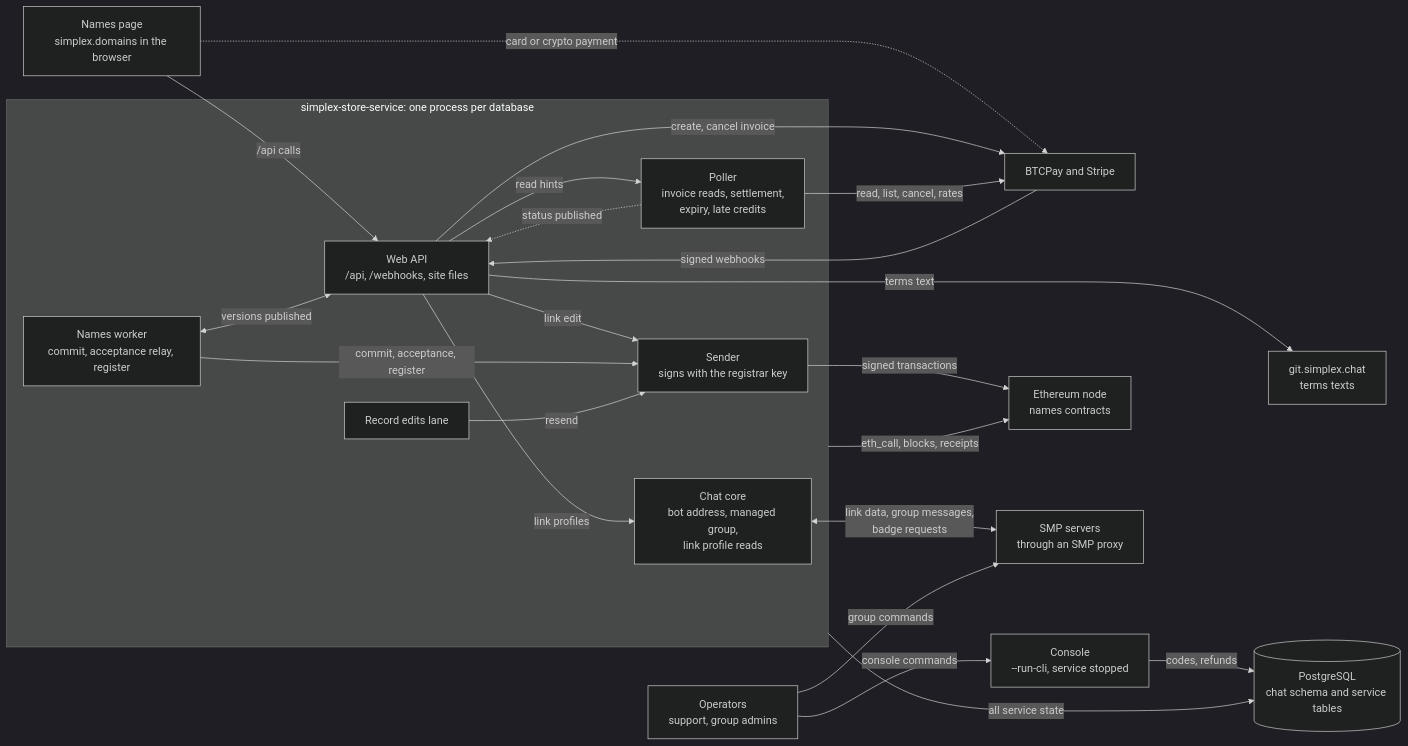
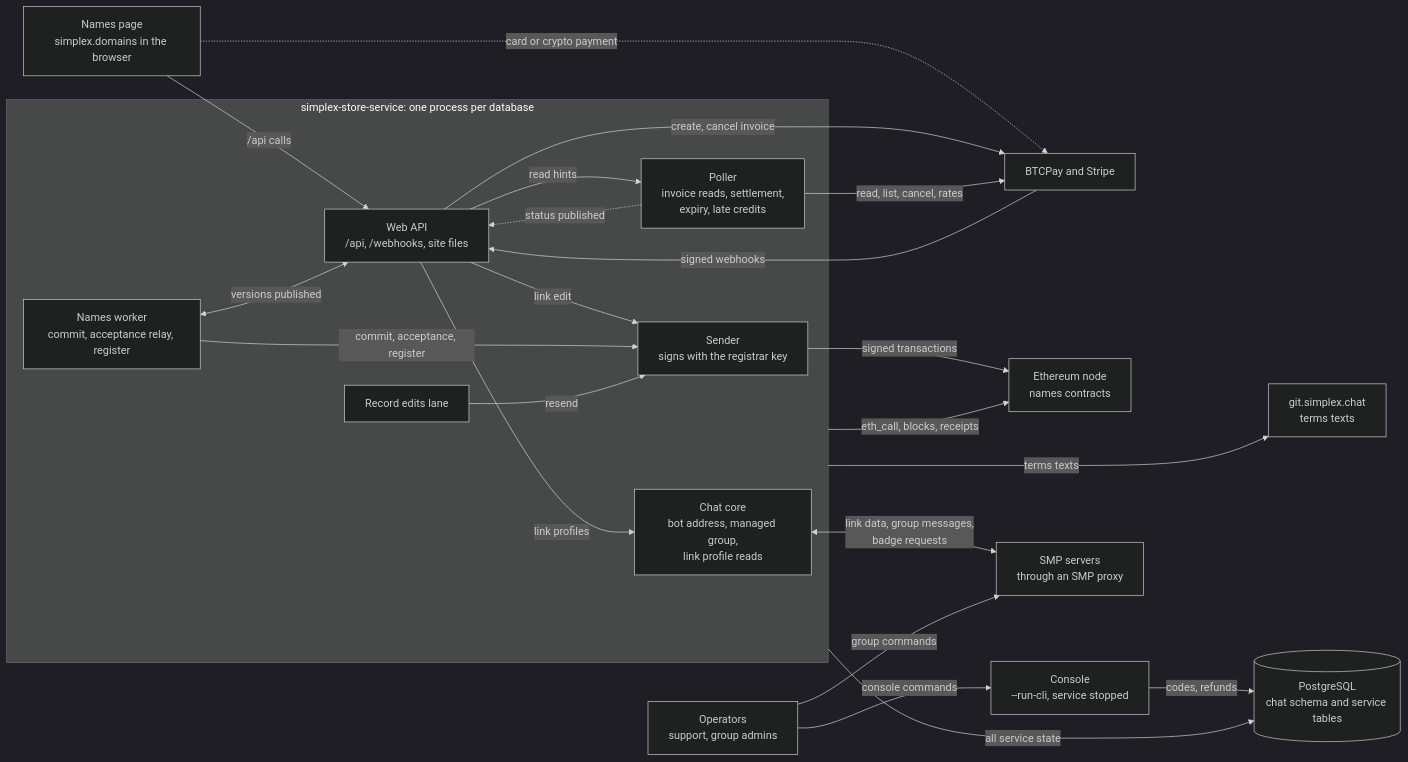
One commit to simplex-chat/simplex-chat changed the first of 13 diagrams in apps/simplex-store-service/docs/names.md. Above: the diagram before and after it, drawn with Mermaid (dark theme). The commit also changed other lines of this file and 2 other files, not shown here.

Commit message:
store: run the names terms fetch lane from the contracts module

````diff
--- a/apps/simplex-store-service/docs/names.md
+++ b/apps/simplex-store-service/docs/names.md
@@ -33,41 +33,41 @@
 ```mermaid
 flowchart LR
   ops["Operators<br/>support, group admins"]
   page["Names page<br/>simplex.domains in the browser"]
   pay["BTCPay and Stripe"]
   subgraph proc["simplex-store-service: one process per database"]
     web["Web API<br/>/api, /webhooks, site files"]
     poller["Poller<br/>invoice reads, settlement,<br/>expiry, late credits"]
     worker["Names worker<br/>commit, acceptance relay, register"]
     edits["Record edits lane"]
     sender["Sender<br/>signs with the registrar key"]
     chat["Chat core<br/>bot address, managed group,<br/>link profile reads"]
   end
   cli["Console<br/>--run-cli, service stopped"]
   db[("PostgreSQL<br/>chat schema and service tables")]
   eth["Ethereum node<br/>names contracts"]
   smp["SMP servers<br/>through an SMP proxy"]
   git["git.simplex.chat<br/>terms texts"]
 
   page -->|"/api calls"| web
   page -.->|"card or crypto payment"| pay
   pay -->|"signed webhooks"| web
   web -->|"create, cancel invoice"| pay
   web -->|"read hints"| poller
   poller -->|"read, list, cancel, rates"| pay
   poller -.->|"status published"| web
   worker <-->|"versions published"| web
   web -->|"link edit"| sender
   worker -->|"commit, acceptance, register"| sender
   edits -->|"resend"| sender
   sender -->|"signed transactions"| eth
   proc -->|"eth_call, blocks, receipts"| eth
   proc -->|"all service state"| db
-  web -->|"terms text"| git
+  proc -->|"terms texts"| git
   web -->|"link profiles"| chat
   chat <-->|"link data, group messages,<br/>badge requests"| smp
   ops -->|"group commands"| smp
   ops -->|"console commands"| cli
   cli -->|"codes, refunds"| db
   eth ~~~ git
 ```
````
